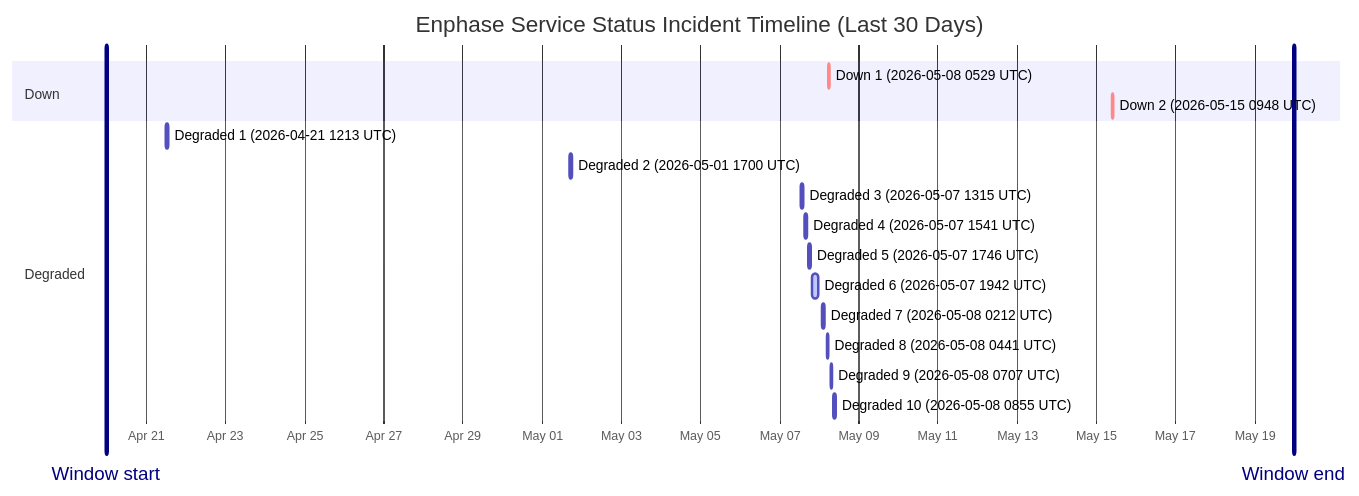
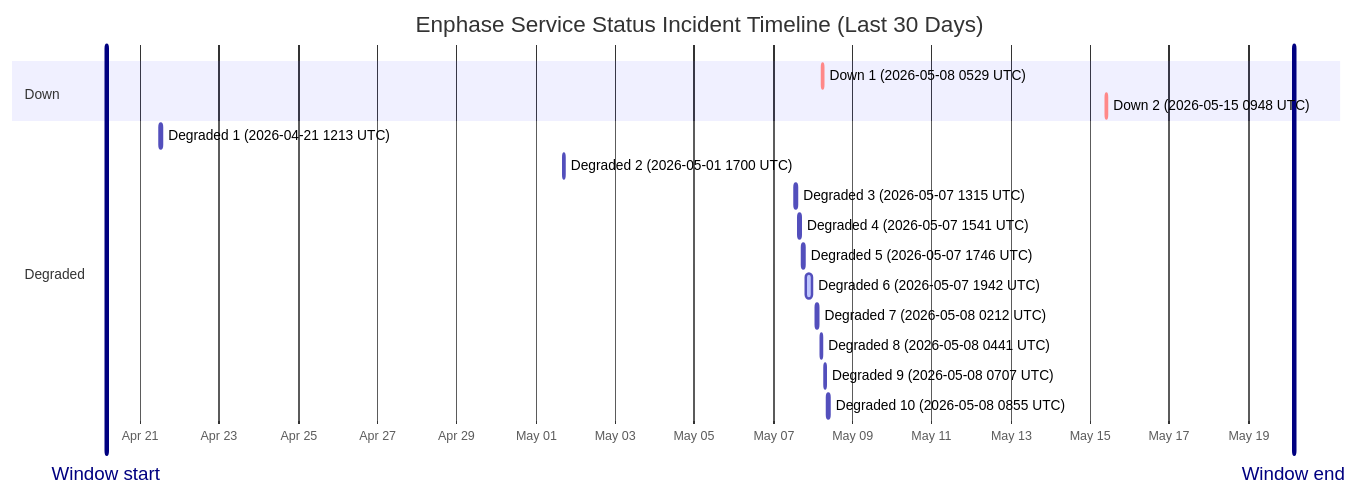
The diagram in wiki/Service-Status-History.md (barneyonline/ha-enphase-ev-charger), drawn with Mermaid before and after one commit. The commit also changed other lines of this file and 3 other files, not shown here.

````diff
--- a/wiki/Service-Status-History.md
+++ b/wiki/Service-Status-History.md
@@ -14,22 +14,22 @@
 ```mermaid
 gantt
     title Enphase Service Status Incident Timeline (Last 30 Days)
     dateFormat  YYYY-MM-DDTHH:mm:ss
     axisFormat  %b %d
-    Window start :vert, window-start, 2026-04-19T23:40:04, 0ms
-    Window end :vert, window-end, 2026-05-19T23:40:04, 0ms
+    Window start :vert, window-start, 2026-04-20T03:29:23, 0ms
+    Window end :vert, window-end, 2026-05-20T03:29:23, 0ms
     section Down
     Down 1 (2026-05-08 0529 UTC) :crit, down-1, 2026-05-08T05:29:47, 60m
     Down 2 (2026-05-15 0948 UTC) :crit, down-2, 2026-05-15T09:48:18, 60m
     section Degraded
     Degraded 1 (2026-04-21 1213 UTC) :active, degraded-1, 2026-04-21T12:13:11, 60m
     Degraded 2 (2026-05-01 1700 UTC) :active, degraded-2, 2026-05-01T17:00:22, 60m
     Degraded 3 (2026-05-07 1315 UTC) :active, degraded-3, 2026-05-07T13:15:25, 60m
     Degraded 4 (2026-05-07 1541 UTC) :active, degraded-4, 2026-05-07T15:41:58, 60m
     Degraded 5 (2026-05-07 1746 UTC) :active, degraded-5, 2026-05-07T17:46:51, 60m
     Degraded 6 (2026-05-07 1942 UTC) :active, degraded-6, 2026-05-07T19:42:10, 249m
     Degraded 7 (2026-05-08 0212 UTC) :active, degraded-7, 2026-05-08T02:12:39, 60m
     Degraded 8 (2026-05-08 0441 UTC) :active, degraded-8, 2026-05-08T04:41:46, 60m
     Degraded 9 (2026-05-08 0707 UTC) :active, degraded-9, 2026-05-08T07:07:30, 60m
     Degraded 10 (2026-05-08 0855 UTC) :active, degraded-10, 2026-05-08T08:55:20, 88m
 ```
````
